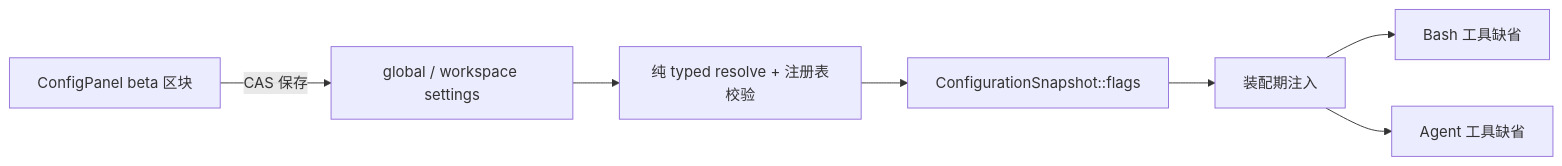
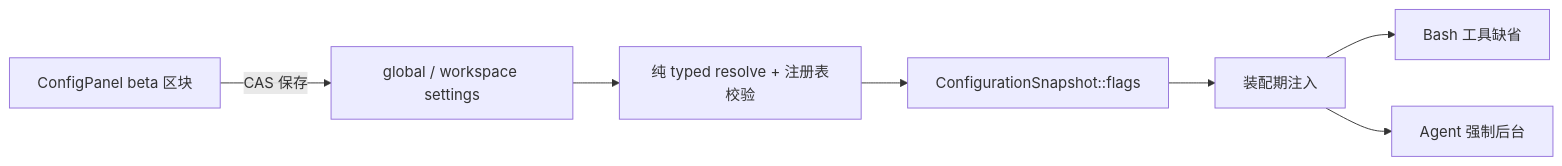
One commit to KonghaYao/peri changed the diagram in docs/design/beta-flags.md. Above: the diagram before and after it, drawn with Mermaid. The commit also changed other lines of this file and 6 other files, not shown here.

````diff
--- a/docs/design/beta-flags.md
+++ b/docs/design/beta-flags.md
@@ -67,9 +67,9 @@
 ```mermaid
 flowchart LR
     Files["global / workspace settings"] --> Resolve["纯 typed resolve + 注册表校验"]
     Resolve --> Snapshot["ConfigurationSnapshot::flags"]
     Snapshot --> Assemble["装配期注入"]
     Assemble --> Bash["Bash 工具缺省"]
-    Assemble --> Agent["Agent 工具缺省"]
+    Assemble --> Agent["Agent 强制后台"]
     Panel["ConfigPanel beta 区块"] -->|"CAS 保存"| Files
 ```
````
